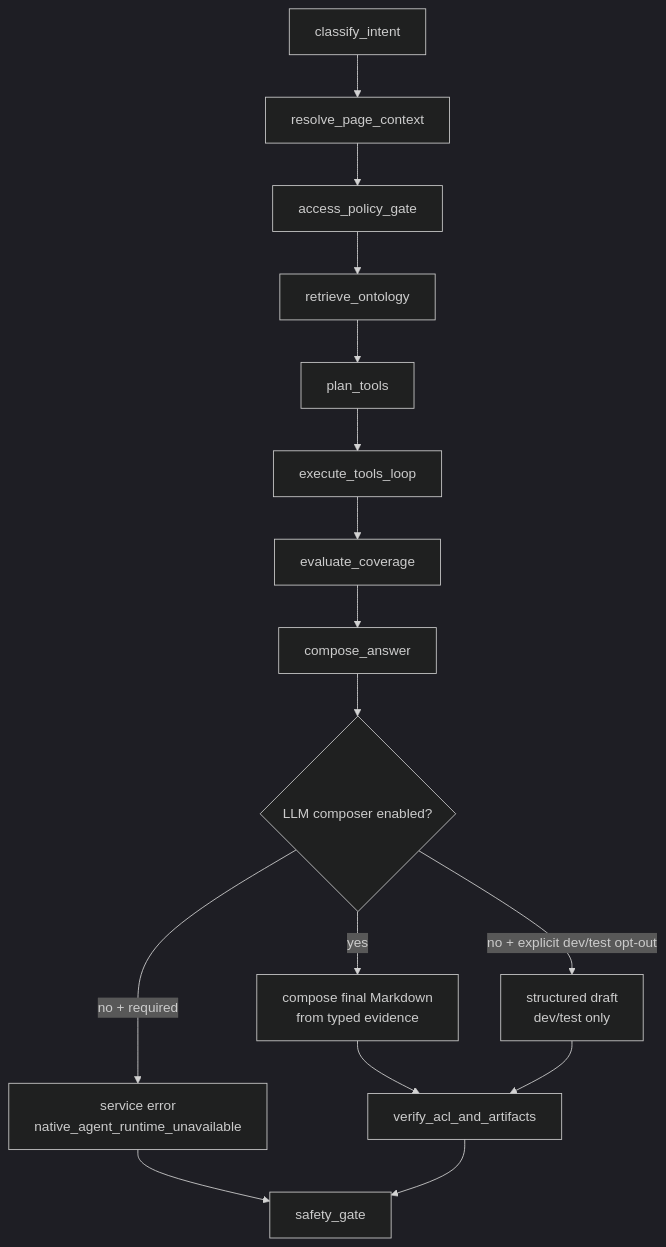
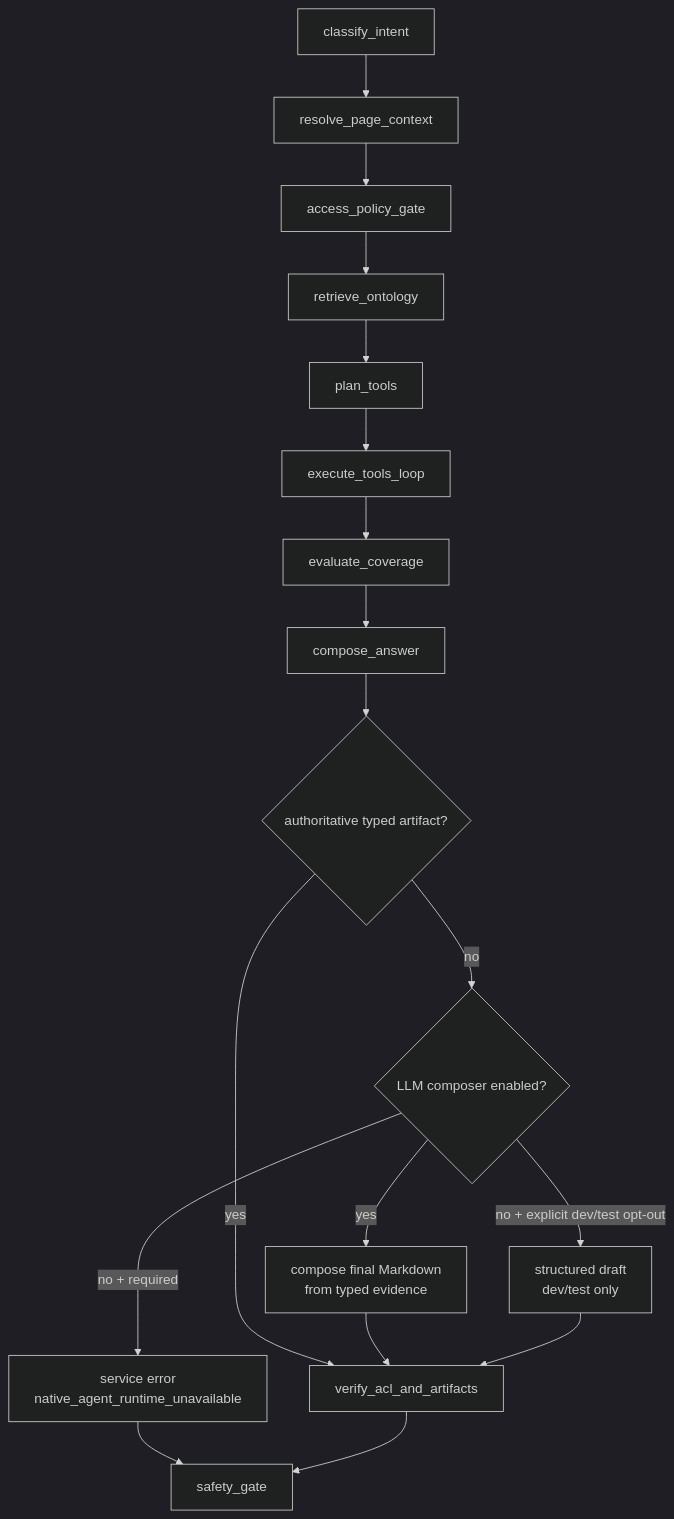
Before and after one commit to chokukil/boi-wiki: the first of 2 diagrams in data/boi/public/boi-wiki-manual/agent/native-boi-agent-tool-loop.md, drawn with Mermaid (dark theme). The commit also changed other lines of this file and 1 other file, not shown here.

Commit message:
Verify Pet Agent workflow summary artifacts

````diff
--- a/data/boi/public/boi-wiki-manual/agent/native-boi-agent-tool-loop.md
+++ b/data/boi/public/boi-wiki-manual/agent/native-boi-agent-tool-loop.md
@@ -34,18 +34,20 @@
 ```mermaid
 flowchart TD
   A["classify_intent"] --> B["resolve_page_context"]
   B --> ACL["access_policy_gate"]
   ACL --> C["retrieve_ontology"]
   C --> D["plan_tools"]
   D --> E["execute_tools_loop"]
   E --> F["evaluate_coverage"]
   F --> G["compose_answer"]
-  G --> LC{"LLM composer enabled?"}
+  G --> ART{"authoritative typed artifact?"}
+  ART -->|yes| H["verify_acl_and_artifacts"]
+  ART -->|no| LC{"LLM composer enabled?"}
   LC -->|yes| LLM["compose final Markdown<br/>from typed evidence"]
   LC -->|no + required| ERR["service error<br/>native_agent_runtime_unavailable"]
   LC -->|no + explicit dev/test opt-out| DET["structured draft<br/>dev/test only"]
   LLM --> H["verify_acl_and_artifacts"]
   DET --> H
   ERR --> I
   H --> I["safety_gate"]
 ```
````
